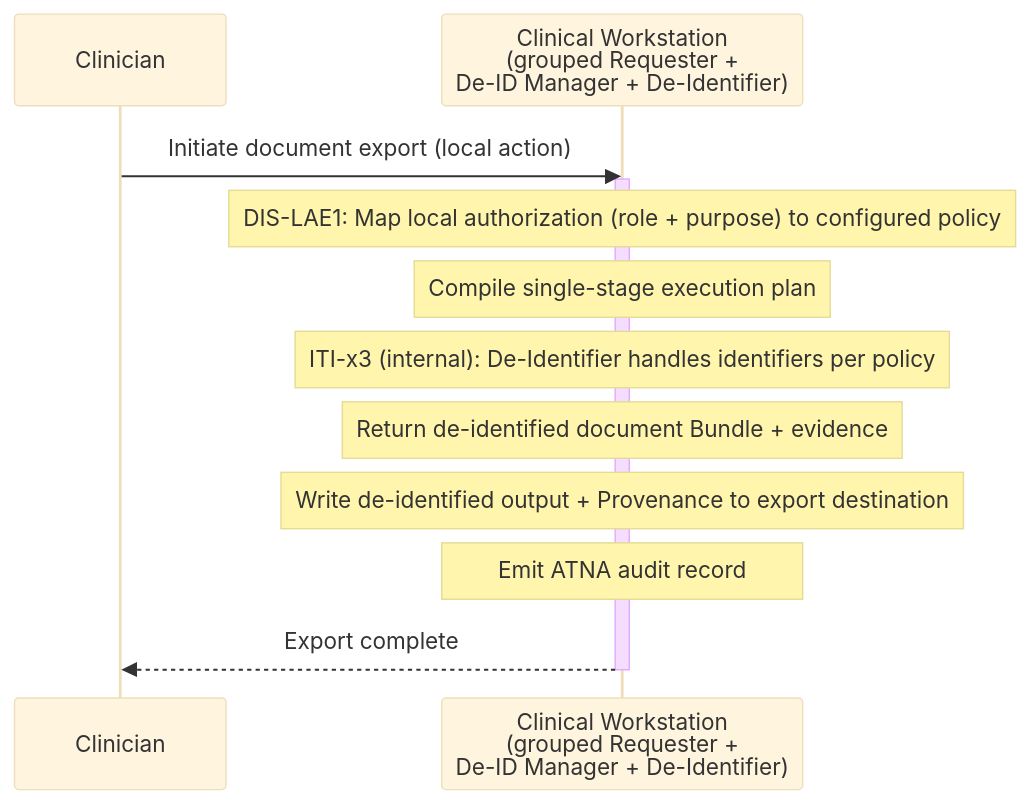
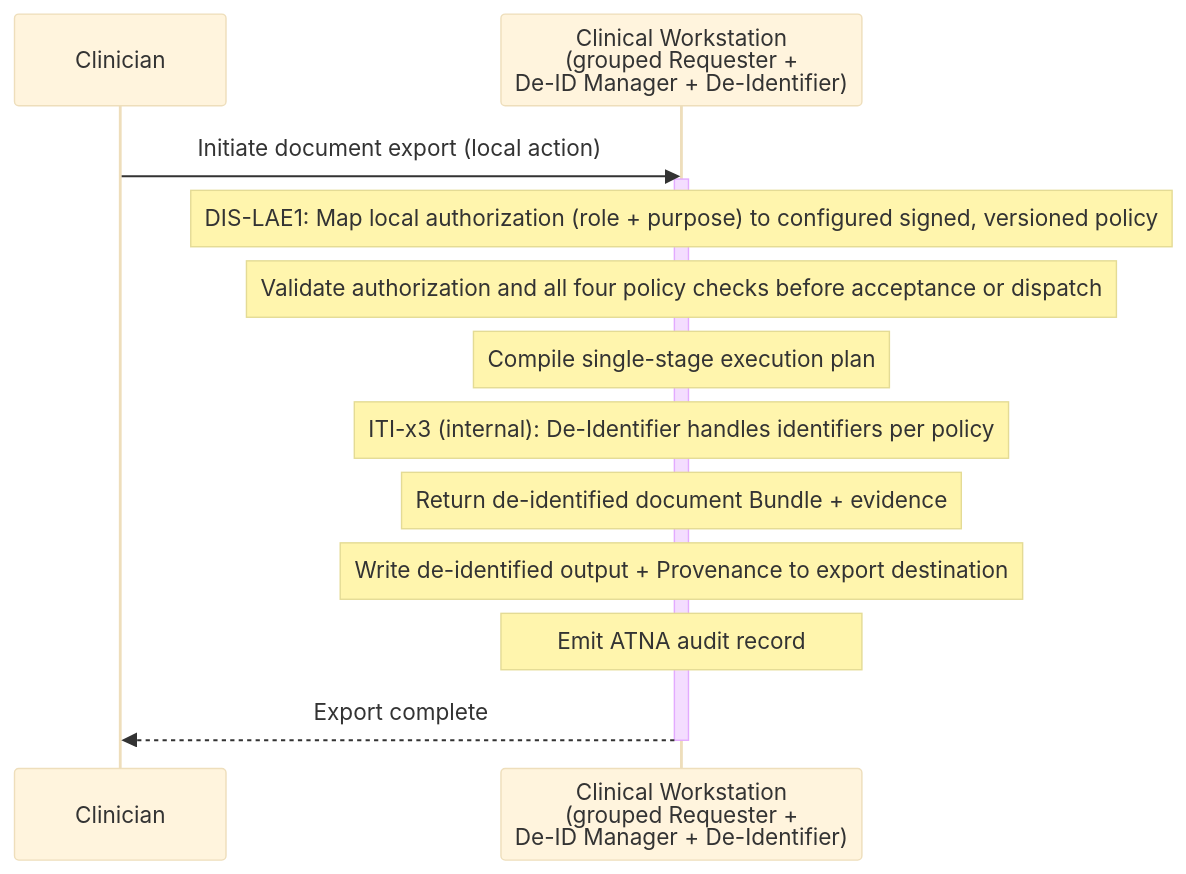
The sixth of 6 diagrams in input/pagecontent/volume-1.md (IHE/ITI.DIS), drawn with Mermaid (base theme) before and after one commit. The commit also changed other lines of this file and 2 other files, not shown here.

Commit message:
Align DIS profile and work plan with agreed Phase 1 decisions

````diff
--- a/input/pagecontent/volume-1.md
+++ b/input/pagecontent/volume-1.md
@@ -449,18 +473,19 @@
 ```mermaid
 sequenceDiagram
     participant CLI as Clinician
     participant WS as Clinical Workstation<br/>(grouped Requester +<br/>De-ID Manager + De-Identifier)
 
     CLI->>WS: Initiate document export (local action)
     activate WS
-    Note over WS: DIS-LAE1: Map local authorization (role + purpose) to configured policy
+    Note over WS: DIS-LAE1: Map local authorization (role + purpose) to configured signed, versioned policy
+    Note over WS: Validate authorization and all four policy checks before acceptance or dispatch
     Note over WS: Compile single-stage execution plan
 
     Note over WS: ITI-x3 (internal): De-Identifier handles identifiers per policy
     Note over WS: Return de-identified document Bundle + evidence
 
     Note over WS: Write de-identified output + Provenance to export destination
     Note over WS: Emit ATNA audit record
     WS-->>CLI: Export complete
     deactivate WS
 ```
````
